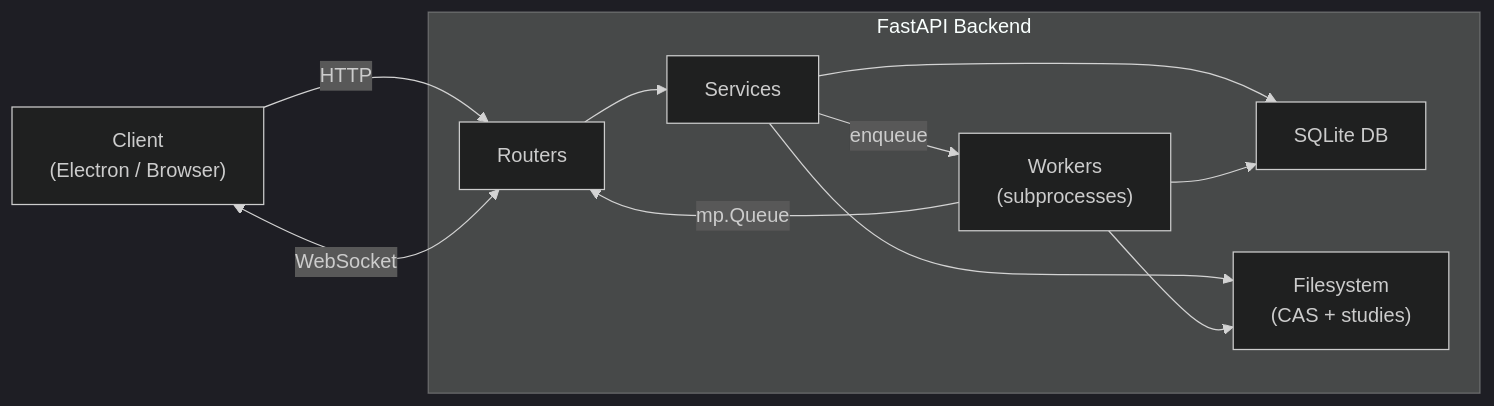
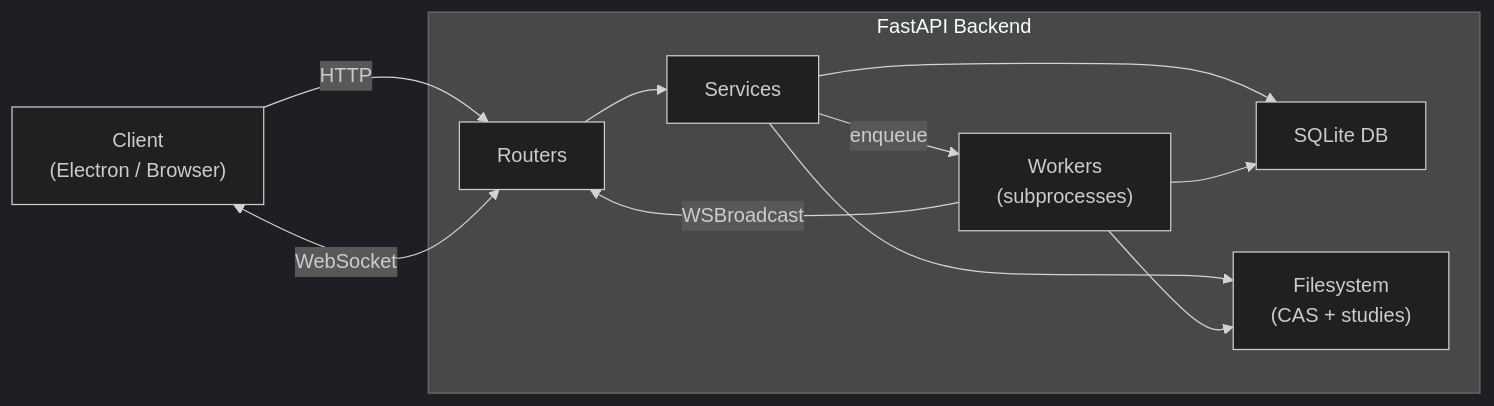
The first of 5 diagrams in plans/architecture_reference.md (pFornagiel/toothviz), drawn with Mermaid (dark theme) before and after one commit. The commit also changed other lines of this file and 5 other files, not shown here.

````diff
--- a/plans/architecture_reference.md
+++ b/plans/architecture_reference.md
@@ -9,21 +9,21 @@
 ```mermaid
 graph LR
     Client["Client<br/>(Electron / Browser)"]
     subgraph Backend["FastAPI Backend"]
         R["Routers"]
         S["Services"]
         W["Workers<br/>(subprocesses)"]
         DB["SQLite DB"]
         FS["Filesystem<br/>(CAS + studies)"]
     end
     
     Client -->|HTTP| R
     Client <-->|WebSocket| R
     R --> S
     S --> DB
     S --> FS
     S -->|enqueue| W
     W --> FS
     W --> DB
-    W -->|mp.Queue| R
+    W -->|WSBroadcast| R
 ```
````
